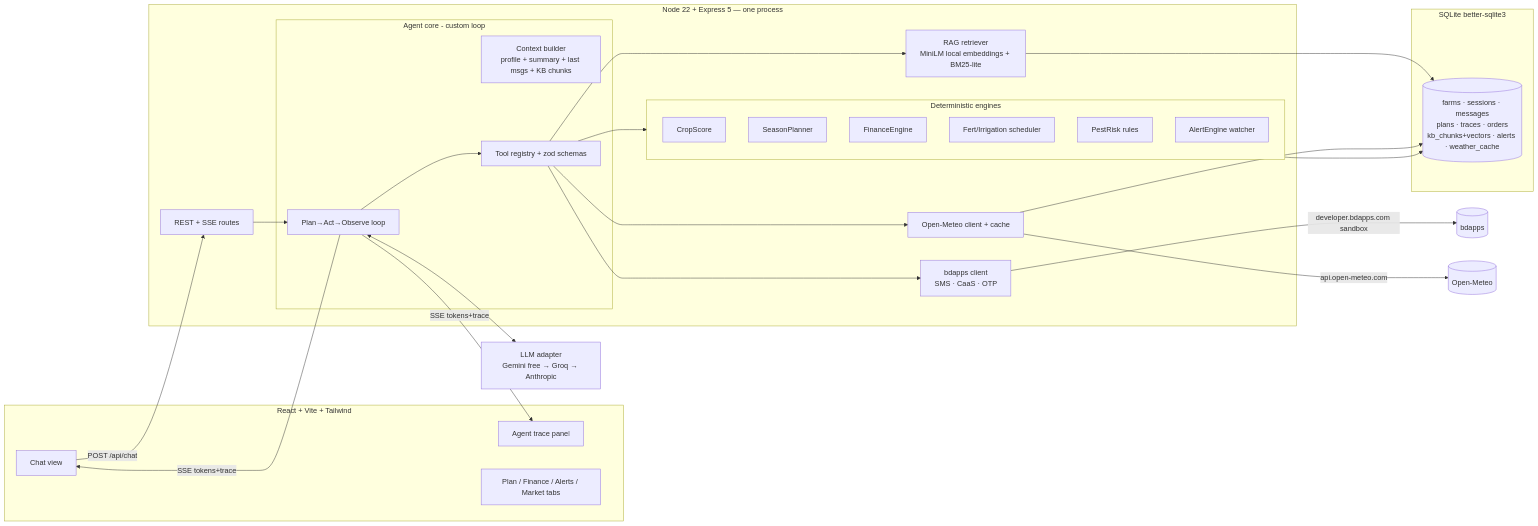
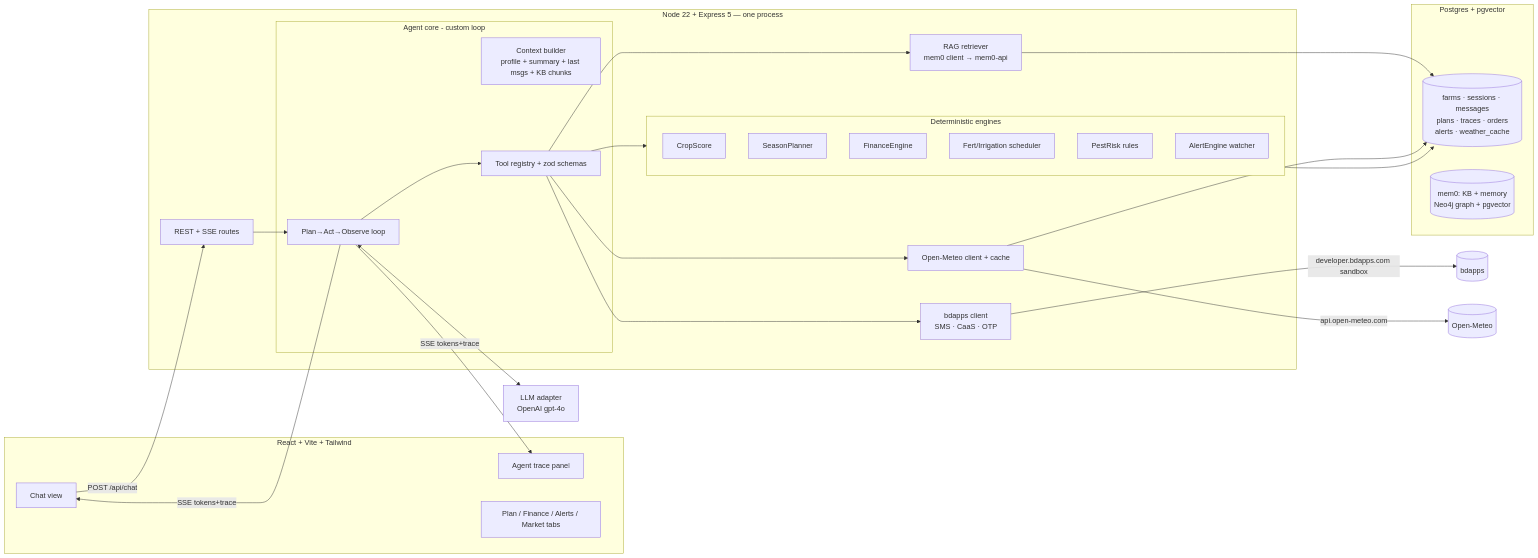
Before and after one commit to phigratio/IutFinalStretch_AgriSense: the diagram in docs/ARCHITECTURE.md, drawn with Mermaid. The commit also changed other lines of this file and 7 other files, not shown here.

````diff
--- a/docs/ARCHITECTURE.md
+++ b/docs/ARCHITECTURE.md
@@ -24,44 +25,45 @@
 ```mermaid
 flowchart LR
     subgraph Frontend [React + Vite + Tailwind]
       Chat[Chat view]
       Trace[Agent trace panel]
       Tabs[Plan / Finance / Alerts / Market tabs]
     end
 
     subgraph Backend [Node 22 + Express 5 — one process]
       API[REST + SSE routes]
       subgraph Agent [Agent core - custom loop]
         Loop[Plan→Act→Observe loop]
         Ctx[Context builder<br/>profile + summary + last msgs + KB chunks]
         Reg[Tool registry + zod schemas]
       end
       subgraph Engines [Deterministic engines]
         Crop[CropScore]
         Plan2[SeasonPlanner]
         Fin[FinanceEngine]
         Fert[Fert/Irrigation scheduler]
         Pest[PestRisk rules]
         Alert[AlertEngine watcher]
       end
-      RAG[RAG retriever<br/>MiniLM local embeddings + BM25-lite]
+      RAG[RAG retriever<br/>mem0 client → mem0-api]
       BdappsC[bdapps client<br/>SMS · CaaS · OTP]
       Weather[Open-Meteo client + cache]
     end
 
-    subgraph Storage [SQLite better-sqlite3]
-      DB[(farms · sessions · messages<br/>plans · traces · orders<br/>kb_chunks+vectors · alerts · weather_cache)]
+    subgraph Storage [Postgres + pgvector]
+      DB[(farms · sessions · messages<br/>plans · traces · orders<br/>alerts · weather_cache)]
+      Mem0[(mem0: KB + memory<br/>Neo4j graph + pgvector)]
     end
 
-    LLM[LLM adapter<br/>Gemini free → Groq → Anthropic]
+    LLM[LLM adapter<br/>OpenAI gpt-4o]
 
     Chat -->|POST /api/chat| API --> Loop
     Loop <--> LLM
     Loop --> Reg --> Engines & RAG & Weather & BdappsC
     Engines --> DB
     RAG --> DB
     Weather --> DB
     Loop -->|SSE tokens+trace| Trace & Chat
     BdappsC -->|developer.bdapps.com sandbox| EXT1[(bdapps)]
     Weather -->|api.open-meteo.com| EXT2[(Open-Meteo)]
 ```
````
